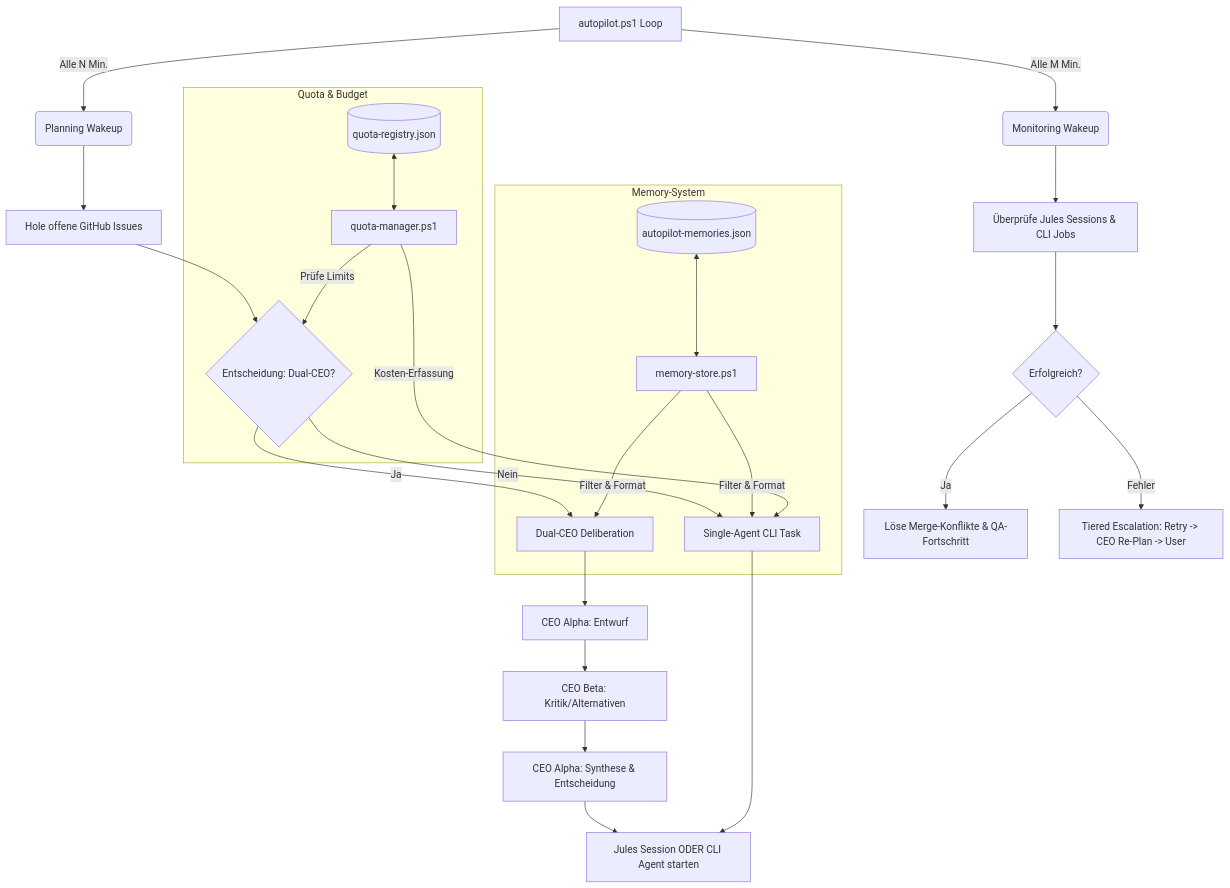
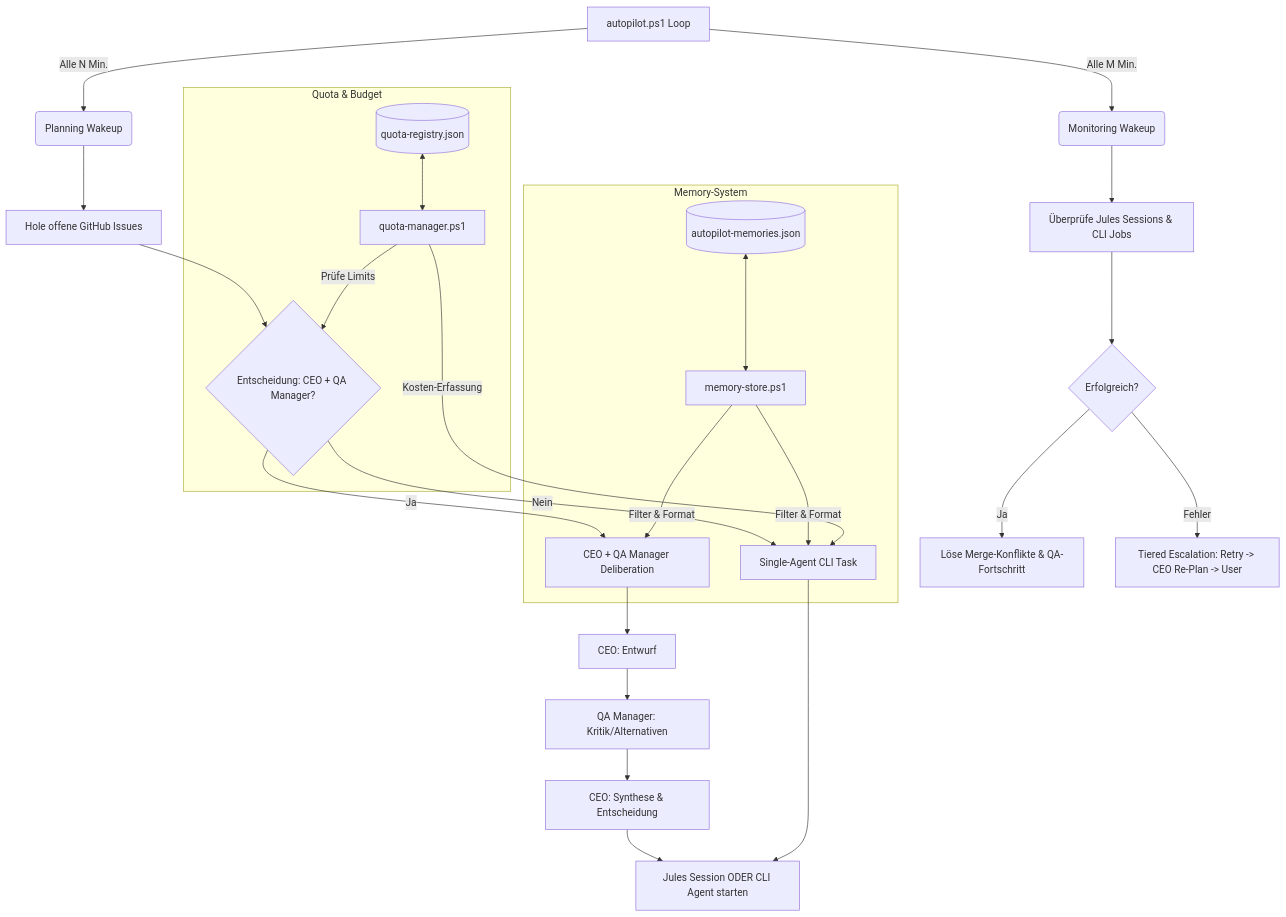
One commit to Vorce-Studios/Vorce changed the diagram in scripts/codex-cli/Dokumentation/README.md. Above: the diagram before and after it, drawn with Mermaid. The commit also changed other lines of this file and 38 other files, not shown here.

````diff
--- a/scripts/codex-cli/Dokumentation/README.md
+++ b/scripts/codex-cli/Dokumentation/README.md
@@ -11,35 +11,35 @@
 ```mermaid
 graph TD
     A[autopilot.ps1 Loop] -->|Alle N Min.| B(Planning Wakeup)
     A -->|Alle M Min.| C(Monitoring Wakeup)
 
     B --> D[Hole offene GitHub Issues]
-    D --> E{Entscheidung: Dual-CEO?}
+    D --> E{Entscheidung: CEO + QA Manager?}
 
-    E -->|Ja| F[Dual-CEO Deliberation]
+    E -->|Ja| F[CEO + QA Manager Deliberation]
     E -->|Nein| G[Single-Agent CLI Task]
 
-    F --> H[CEO Alpha: Entwurf]
-    H --> I[CEO Beta: Kritik/Alternativen]
-    I --> J[CEO Alpha: Synthese & Entscheidung]
+    F --> H[CEO: Entwurf]
+    H --> I[QA Manager: Kritik/Alternativen]
+    I --> J[CEO: Synthese & Entscheidung]
 
     J --> K[Jules Session ODER CLI Agent starten]
     G --> K
 
     C --> L[Überprüfe Jules Sessions & CLI Jobs]
     L --> M{Erfolgreich?}
     M -->|Ja| N[Löse Merge-Konflikte & QA-Fortschritt]
     M -->|Fehler| Esc[Tiered Escalation: Retry -> CEO Re-Plan -> User]
 
     subgraph Memory-System
         O[(autopilot-memories.json)] <--> P[memory-store.ps1]
         P -->|Filter & Format| F
         P -->|Filter & Format| G
     end
 
     subgraph Quota & Budget
         Q[(quota-registry.json)] <--> R[quota-manager.ps1]
         R -->|Prüfe Limits| E
         R -->|Kosten-Erfassung| G
     end
 ```
````
